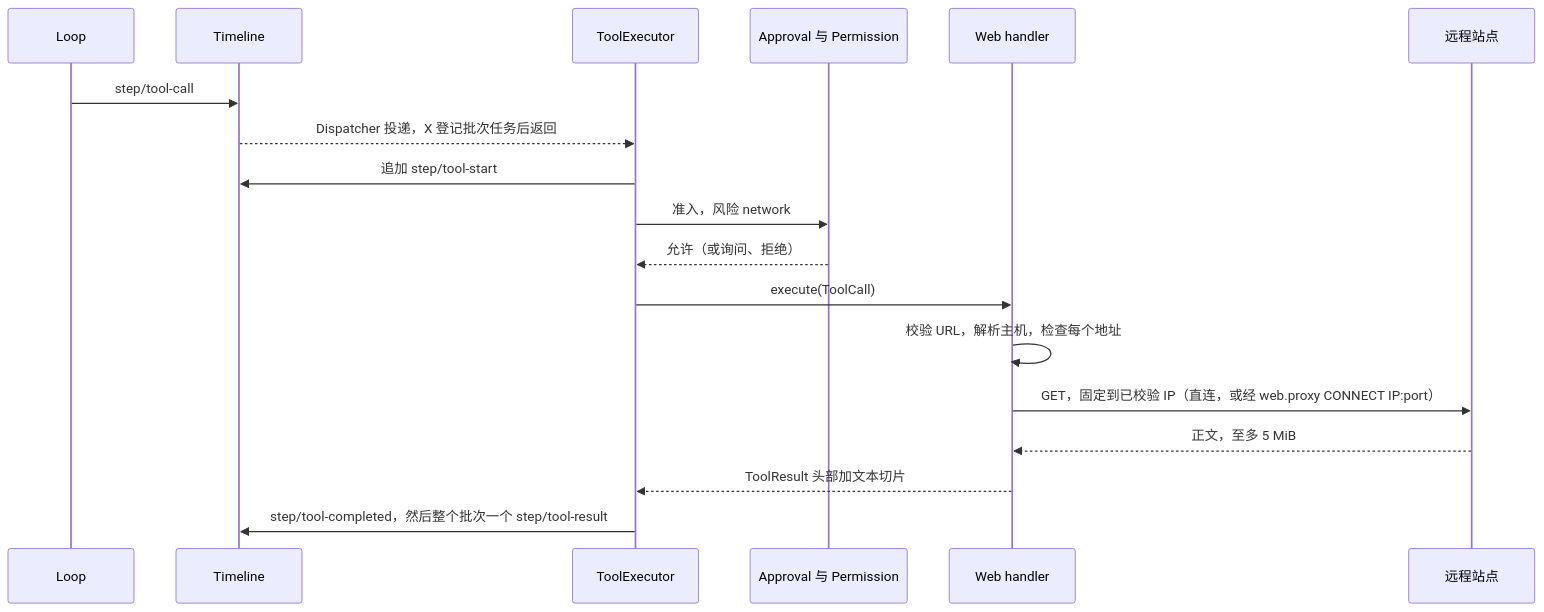
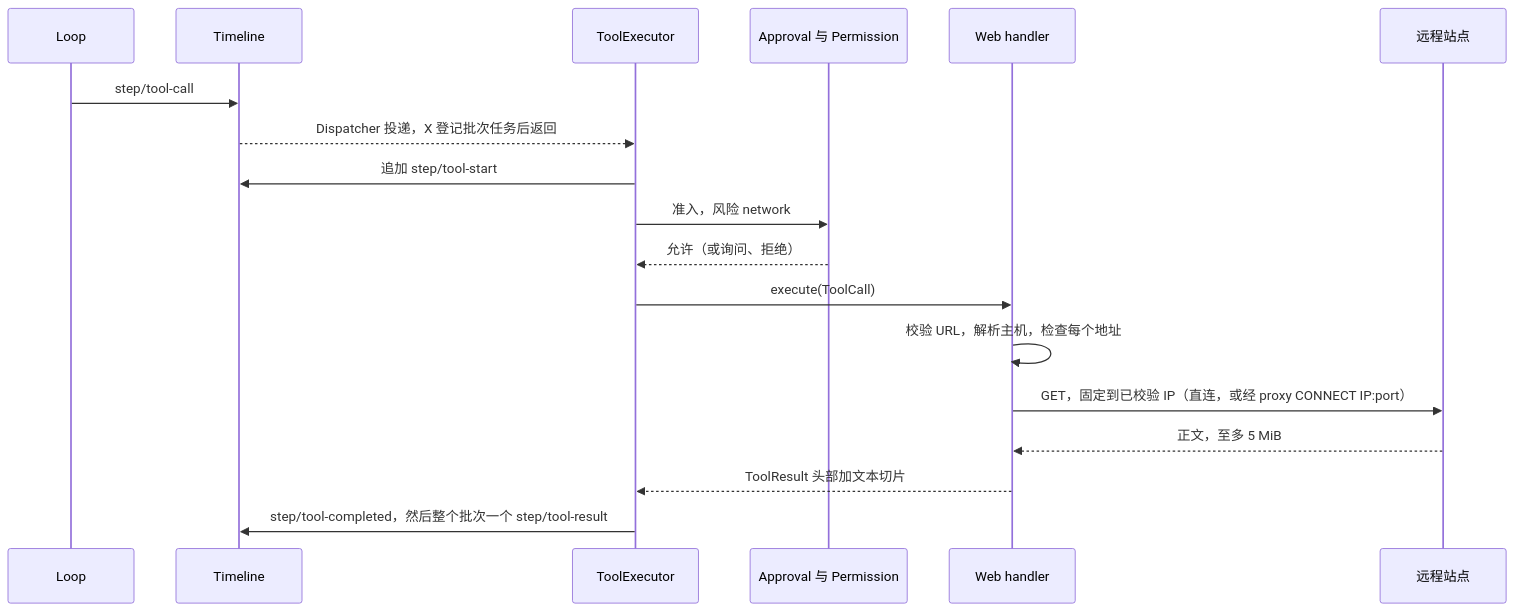
One commit to CoutinhoTTS/dim-agent changed the third of 5 diagrams in docs/zh/design/plugins/Web.md. Above: the diagram before and after it, drawn with Mermaid. The commit also changed other lines of this file and 27 other files, not shown here.

````diff
--- a/docs/zh/design/plugins/Web.md
+++ b/docs/zh/design/plugins/Web.md
@@ -64,20 +64,20 @@
 ```mermaid
 sequenceDiagram
   participant L as Loop
   participant TL as Timeline
   participant X as ToolExecutor
   participant A as Approval 与 Permission
   participant W as Web handler
   participant N as 远程站点
   L->>TL: step/tool-call
   TL-->>X: Dispatcher 投递，X 登记批次任务后返回
   X->>TL: 追加 step/tool-start
   X->>A: 准入，风险 network
   A-->>X: 允许（或询问、拒绝）
   X->>W: execute(ToolCall)
   W->>W: 校验 URL，解析主机，检查每个地址
-  W->>N: GET，固定到已校验 IP（直连，或经 web.proxy CONNECT IP:port）
+  W->>N: GET，固定到已校验 IP（直连，或经 proxy CONNECT IP:port）
   N-->>W: 正文，至多 5 MiB
   W-->>X: ToolResult 头部加文本切片
   X->>TL: step/tool-completed，然后整个批次一个 step/tool-result
 ```
````
